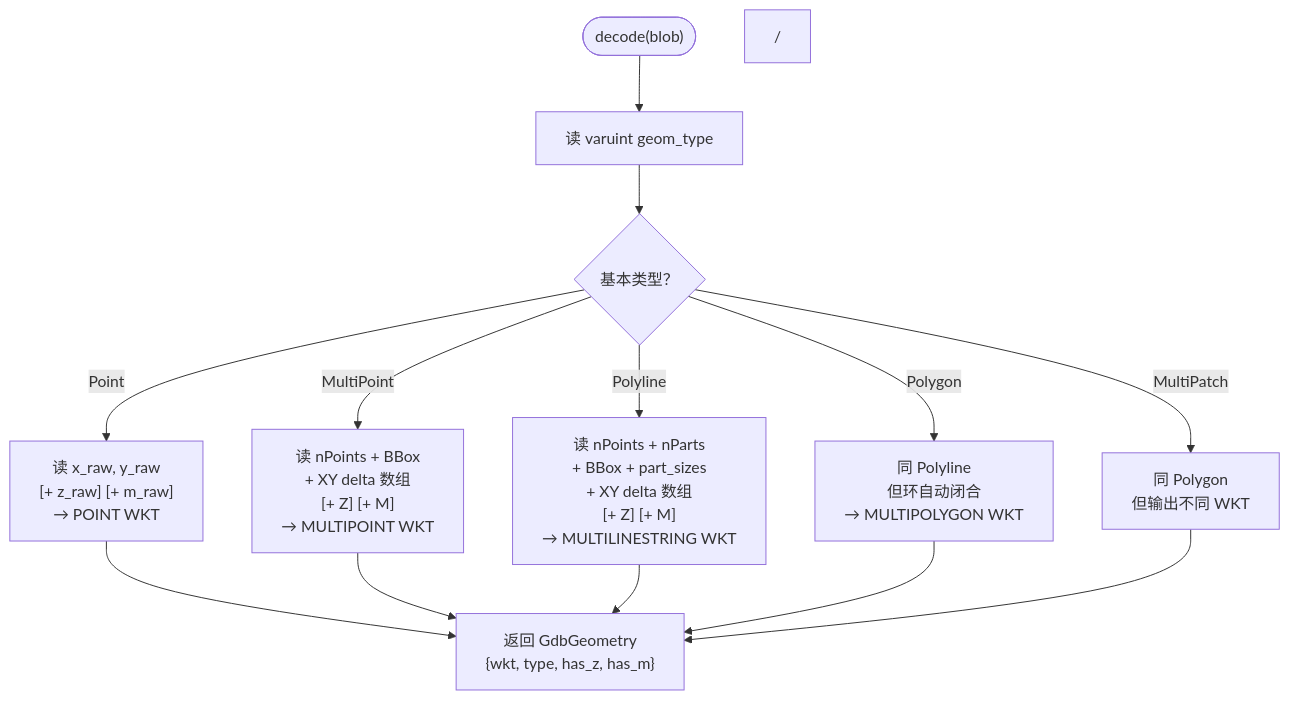
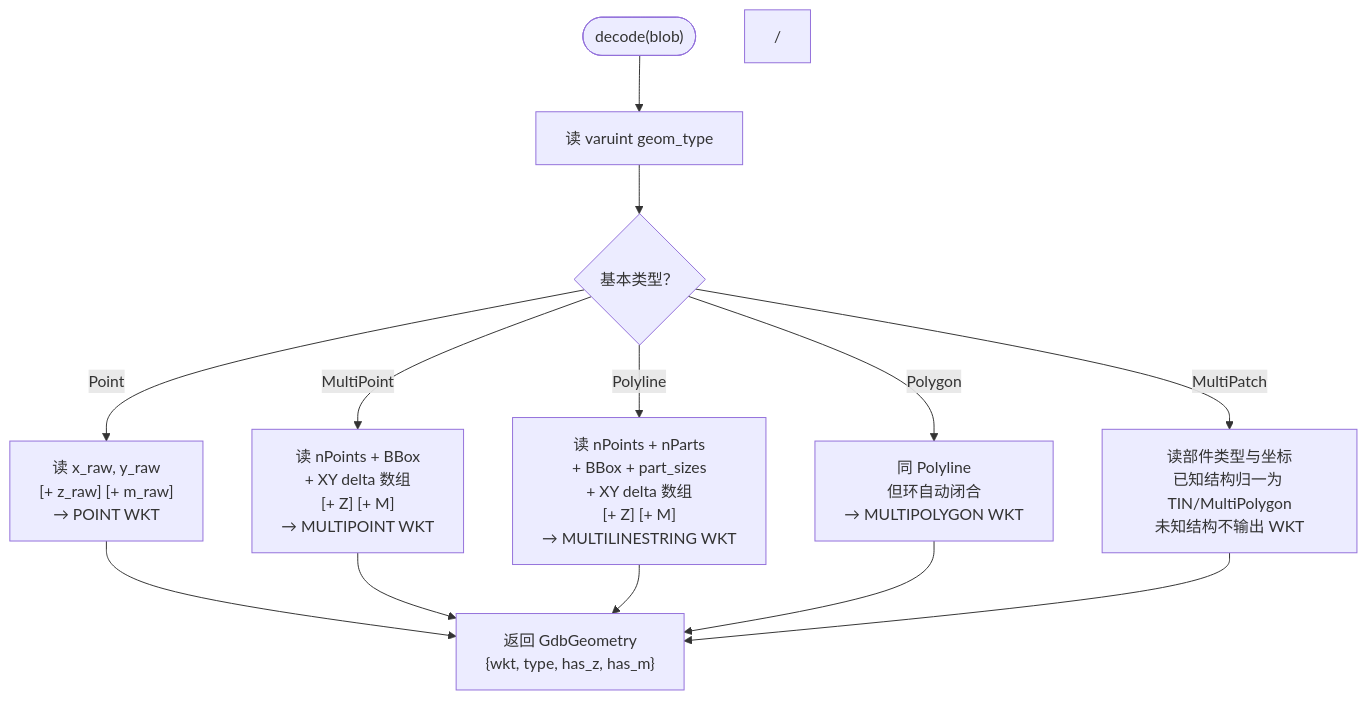
One commit to EdgarLQS/fast-gdb changed diagram 31 of 37 in docs/gdb/08_GDB二进制格式图解教程.md. Above: the diagram before and after it, drawn with Mermaid. The commit also changed other lines of this file and 200 other files, not shown here.

````diff
--- a/docs/gdb/08_GDB二进制格式图解教程.md
+++ b/docs/gdb/08_GDB二进制格式图解教程.md
@@ -969,21 +971,21 @@
 ```mermaid
 flowchart TD
     START(["decode(blob)"]) --> GT["读 varuint geom_type"]
     GT --> SWITCH{"基本类型？"}
 
     SWITCH -->|"Point"| PT["读 x_raw, y_raw<br/>[+ z_raw] [+ m_raw]<br/>→ POINT WKT"]
     SWITCH -->|"MultiPoint"| MP["读 nPoints + BBox<br/>+ XY delta 数组<br/>[+ Z] [+ M]<br/>→ MULTIPOINT WKT"]
     SWITCH -->|"Polyline"| PL["读 nPoints + nParts<br/>+ BBox + part_sizes<br/>+ XY delta 数组<br/>[+ Z] [+ M]<br/>→ MULTILINESTRING WKT"]
     SWITCH -->|"Polygon"| PG["同 Polyline<br/>但环自动闭合<br/>→ MULTIPOLYGON WKT"]
 /
 
-    SWITCH -->|"MultiPatch"| MPCH["同 Polygon<br/>但输出不同 WKT"]
+    SWITCH -->|"MultiPatch"| MPCH["读部件类型与坐标<br/>已知结构归一为 TIN/MultiPolygon<br/>未知结构不输出 WKT"]
 
 /
 
     PT --> DONE["返回 GdbGeometry<br/>{wkt, type, has_z, has_m}"]
     MP --> DONE
     PL --> DONE
     PG --> DONE
     MPCH --> DONE
 ```
````
